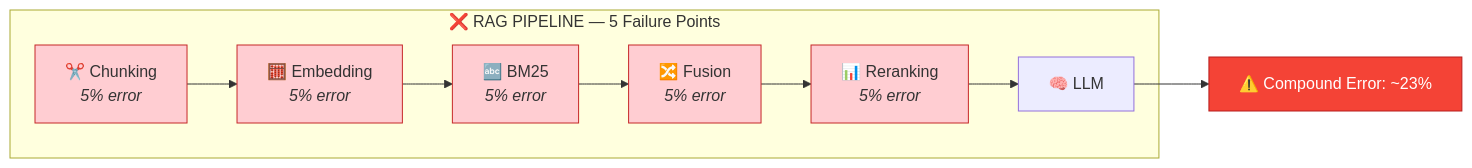
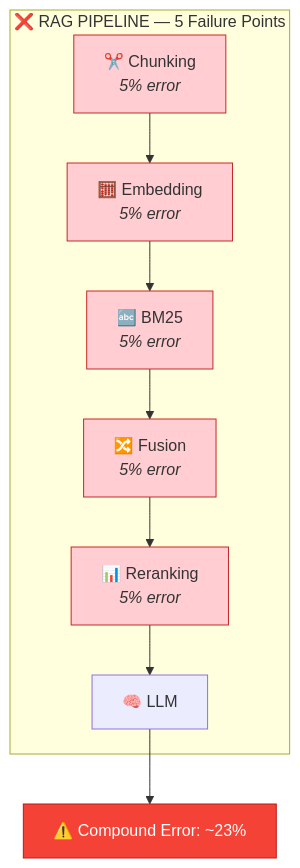
One commit to SimHacker/moollm changed the second of 3 diagrams in designs/MOOPMAP.md. Above: the diagram before and after it, drawn with Mermaid. The commit also changed other lines of this file, not shown here.

Commit message:
style: Make RAG/MOOPMAP diagrams vertical for scrolling

````diff
--- a/designs/MOOPMAP.md
+++ b/designs/MOOPMAP.md
@@ -50,19 +50,22 @@
 ```mermaid
-graph LR
+graph TB
     subgraph RAG["❌ RAG PIPELINE — 5 Failure Points"]
-        C["✂️ Chunking<br/><i>5% error</i>"] --> E["🧮 Embedding<br/><i>5% error</i>"]
-        E --> B["🔤 BM25<br/><i>5% error</i>"]
-        B --> F["🔀 Fusion<br/><i>5% error</i>"]
-        F --> R["📊 Reranking<br/><i>5% error</i>"]
-        R --> L["🧠 LLM"]
+        C["✂️ Chunking<br/><i>5% error</i>"]
+        E["🧮 Embedding<br/><i>5% error</i>"]
+        B["🔤 BM25<br/><i>5% error</i>"]
+        F["🔀 Fusion<br/><i>5% error</i>"]
+        R["📊 Reranking<br/><i>5% error</i>"]
+        L["🧠 LLM"]
+        
+        C --> E --> B --> F --> R --> L
     end
     
     L --> ERR["⚠️ Compound Error: ~23%"]
     
     style C fill:#ffcdd2,stroke:#c62828
     style E fill:#ffcdd2,stroke:#c62828
     style B fill:#ffcdd2,stroke:#c62828
     style F fill:#ffcdd2,stroke:#c62828
     style R fill:#ffcdd2,stroke:#c62828
     style ERR fill:#f44336,stroke:#b71c1c,color:#fff
 ```
````
